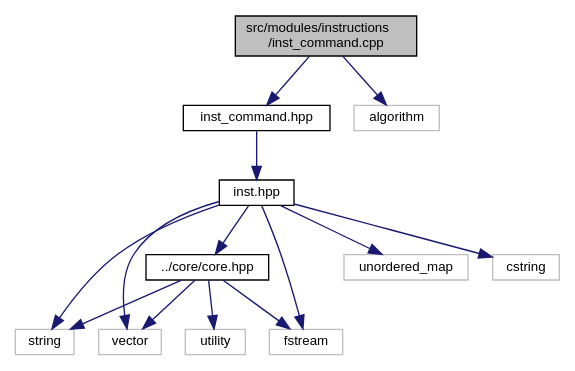
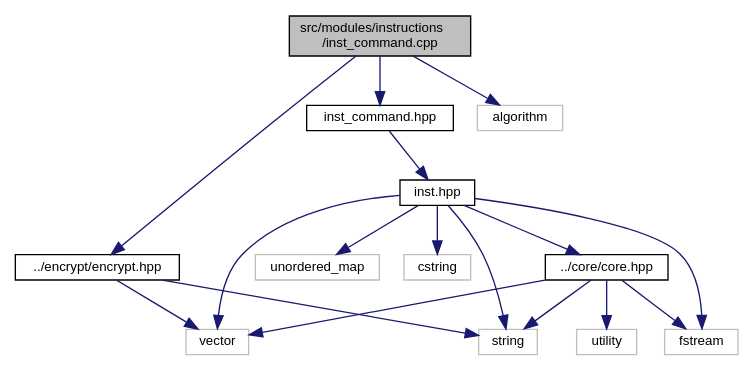
Before and after one commit to redhecker/easyVim: the diagram in docs/inst__command_8cpp__incl.dot, drawn with Graphviz. The commit also changed 82 other files, not shown here.

```diff
--- a/docs/inst__command_8cpp__incl.dot
+++ b/docs/inst__command_8cpp__incl.dot
@@ -1,30 +1,34 @@
 digraph "src/modules/instructions/inst_command.cpp"
 {
  // LATEX_PDF_SIZE
   edge [fontname="Helvetica",fontsize="10",labelfontname="Helvetica",labelfontsize="10"];
   node [fontname="Helvetica",fontsize="10",shape=record];
   Node1 [label="src/modules/instructions\l/inst_command.cpp",height=0.2,width=0.4,color="black", fillcolor="grey75", style="filled", fontcolor="black",tooltip="easyVim指令模块实现文件"];
   Node1 -> Node2 [color="midnightblue",fontsize="10",style="solid",fontname="Helvetica"];
   Node2 [label="inst_command.hpp",height=0.2,width=0.4,color="black", fillcolor="white", style="filled",URL="$inst__command_8hpp.html",tooltip="easyVim指令模块头文件"];
   Node2 -> Node3 [color="midnightblue",fontsize="10",style="solid",fontname="Helvetica"];
   Node3 [label="inst.hpp",height=0.2,width=0.4,color="black", fillcolor="white", style="filled",URL="$inst_8hpp.html",tooltip="easyVim指令模块"];
   Node3 -> Node4 [color="midnightblue",fontsize="10",style="solid",fontname="Helvetica"];
   Node4 [label="string",height=0.2,width=0.4,color="grey75", fillcolor="white", style="filled",tooltip=" "];
   Node3 -> Node5 [color="midnightblue",fontsize="10",style="solid",fontname="Helvetica"];
   Node5 [label="unordered_map",height=0.2,width=0.4,color="grey75", fillcolor="white", style="filled",tooltip=" "];
   Node3 -> Node6 [color="midnightblue",fontsize="10",style="solid",fontname="Helvetica"];
   Node6 [label="cstring",height=0.2,width=0.4,color="grey75", fillcolor="white", style="filled",tooltip=" "];
   Node3 -> Node7 [color="midnightblue",fontsize="10",style="solid",fontname="Helvetica"];
   Node7 [label="vector",height=0.2,width=0.4,color="grey75", fillcolor="white", style="filled",tooltip=" "];
   Node3 -> Node8 [color="midnightblue",fontsize="10",style="solid",fontname="Helvetica"];
   Node8 [label="fstream",height=0.2,width=0.4,color="grey75", fillcolor="white", style="filled",tooltip=" "];
   Node3 -> Node9 [color="midnightblue",fontsize="10",style="solid",fontname="Helvetica"];
   Node9 [label="../core/core.hpp",height=0.2,width=0.4,color="black", fillcolor="white", style="filled",URL="$core_8hpp.html",tooltip="easyVim核心模块"];
   Node9 -> Node7 [color="midnightblue",fontsize="10",style="solid",fontname="Helvetica"];
   Node9 -> Node10 [color="midnightblue",fontsize="10",style="solid",fontname="Helvetica"];
   Node10 [label="utility",height=0.2,width=0.4,color="grey75", fillcolor="white", style="filled",tooltip=" "];
   Node9 -> Node4 [color="midnightblue",fontsize="10",style="solid",fontname="Helvetica"];
   Node9 -> Node8 [color="midnightblue",fontsize="10",style="solid",fontname="Helvetica"];
   Node1 -> Node11 [color="midnightblue",fontsize="10",style="solid",fontname="Helvetica"];
-  Node11 [label="algorithm",height=0.2,width=0.4,color="grey75", fillcolor="white", style="filled",tooltip=" "];
+  Node11 [label="../encrypt/encrypt.hpp",height=0.2,width=0.4,color="black", fillcolor="white", style="filled",URL="$encrypt_8hpp.html",tooltip="easyVim加密解密模块"];
+  Node11 -> Node4 [color="midnightblue",fontsize="10",style="solid",fontname="Helvetica"];
+  Node11 -> Node7 [color="midnightblue",fontsize="10",style="solid",fontname="Helvetica"];
+  Node1 -> Node12 [color="midnightblue",fontsize="10",style="solid",fontname="Helvetica"];
+  Node12 [label="algorithm",height=0.2,width=0.4,color="grey75", fillcolor="white", style="filled",tooltip=" "];
 }
```
